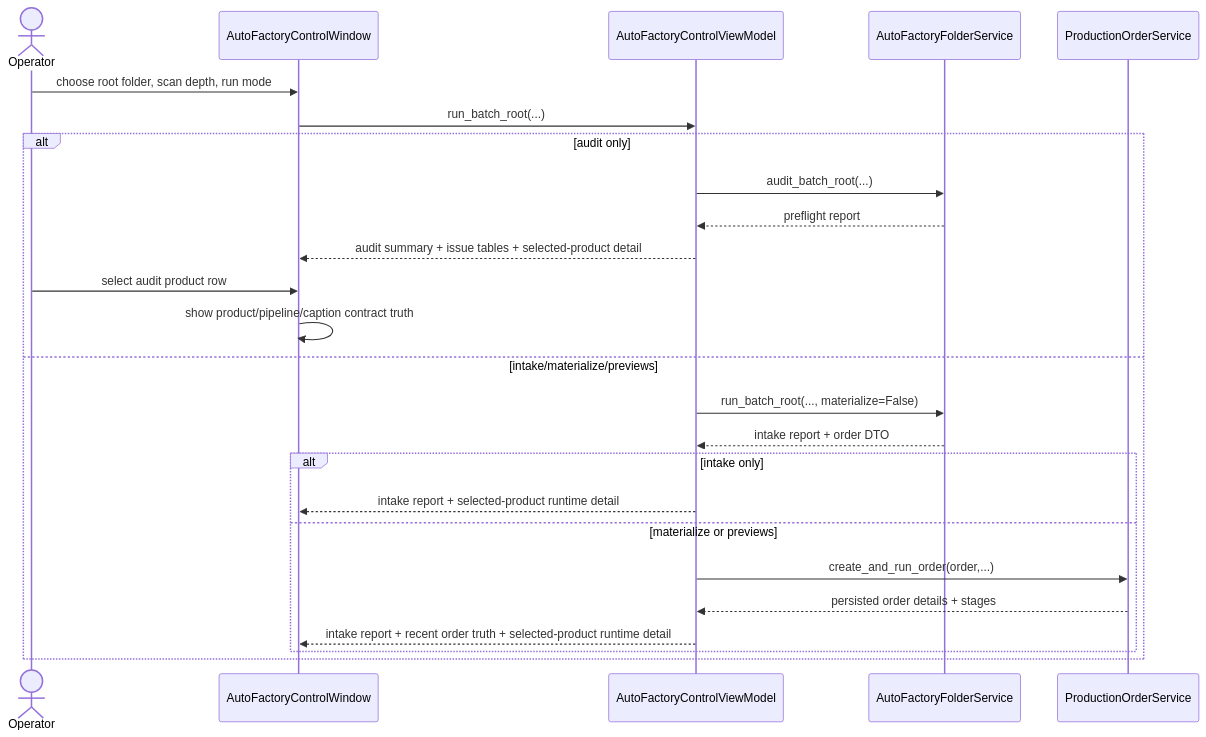
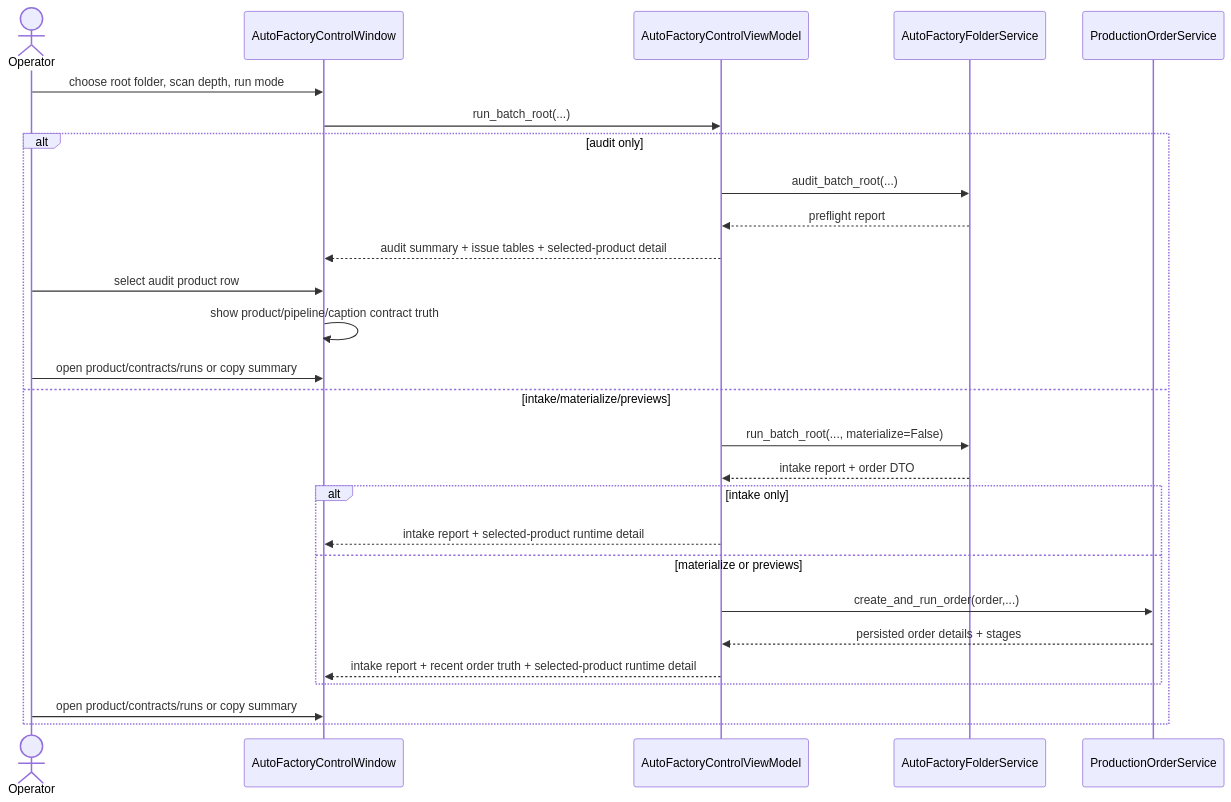
The seventh of 35 diagrams in doc/10_UML_System_Overview.md (idev006/MTClipFactory), drawn with Mermaid before and after one commit. The commit also changed 11 other files, not shown here.

````diff
--- a/doc/10_UML_System_Overview.md
+++ b/doc/10_UML_System_Overview.md
@@ -659,28 +659,30 @@
 ```mermaid
 sequenceDiagram
     actor Operator
     participant View as AutoFactoryControlWindow
     participant VM as AutoFactoryControlViewModel
     participant FolderSvc as AutoFactoryFolderService
     participant OrderSvc as ProductionOrderService
 
     Operator->>View: choose root folder, scan depth, run mode
     View->>VM: run_batch_root(...)
     alt audit only
         VM->>FolderSvc: audit_batch_root(...)
         FolderSvc-->>VM: preflight report
         VM-->>View: audit summary + issue tables + selected-product detail
         Operator->>View: select audit product row
         View->>View: show product/pipeline/caption contract truth
+        Operator->>View: open product/contracts/runs or copy summary
     else intake/materialize/previews
         VM->>FolderSvc: run_batch_root(..., materialize=False)
         FolderSvc-->>VM: intake report + order DTO
         alt intake only
             VM-->>View: intake report + selected-product runtime detail
         else materialize or previews
             VM->>OrderSvc: create_and_run_order(order,...)
             OrderSvc-->>VM: persisted order details + stages
             VM-->>View: intake report + recent order truth + selected-product runtime detail
         end
+        Operator->>View: open product/contracts/runs or copy summary
     end
 ```
````
